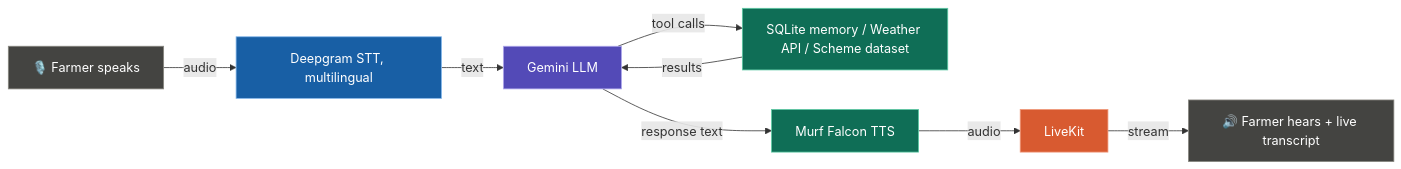
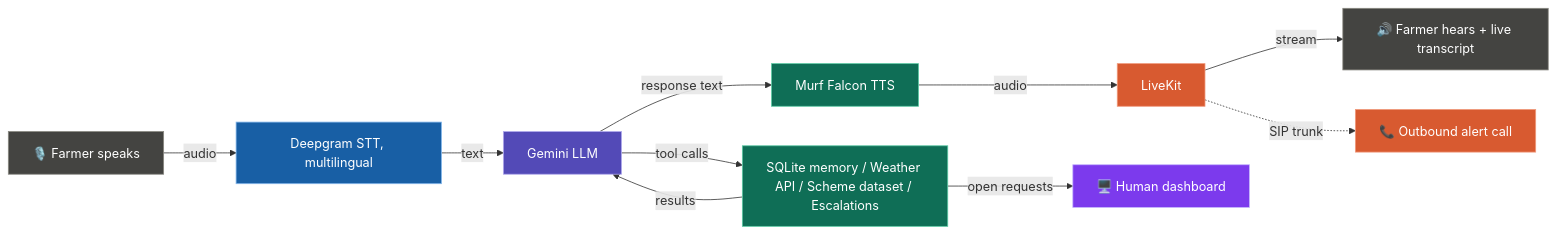
One commit to MEHWISH310/murf-livekit-starter changed the diagram in README.md. Above: the diagram before and after it, drawn with Mermaid. The commit also changed other lines of this file and 5 other files, not shown here.

````diff
--- a/README.md
+++ b/README.md
@@ -21,18 +21,22 @@
 ```mermaid
 flowchart LR
     A[🎙️ Farmer speaks] -->|audio| B[Deepgram STT, multilingual]
     B -->|text| C[Gemini LLM]
-    C -->|tool calls| D[SQLite memory / Weather API / Scheme dataset]
+    C -->|tool calls| D[SQLite memory / Weather API / Scheme dataset / Escalations]
     D -->|results| C
     C -->|response text| E[Murf Falcon TTS]
     E -->|audio| F[LiveKit]
     F -->|stream| G[🔊 Farmer hears + live transcript]
+    F -.->|SIP trunk| H[📞 Outbound alert call]
+    D -->|open requests| I[🖥️ Human dashboard]
 
     style A fill:#444441,stroke:#888780,color:#fff
     style B fill:#185FA5,stroke:#85B7EB,color:#fff
     style C fill:#534AB7,stroke:#AFA9EC,color:#fff
     style D fill:#0F6E56,stroke:#5DCAA5,color:#fff
     style E fill:#0F6E56,stroke:#5DCAA5,color:#fff
     style F fill:#D85A30,stroke:#F0997B,color:#fff
     style G fill:#444441,stroke:#888780,color:#fff
+    style H fill:#D85A30,stroke:#F0997B,color:#fff
+    style I fill:#7C3AED,stroke:#C4B5FD,color:#fff
 ```
````
